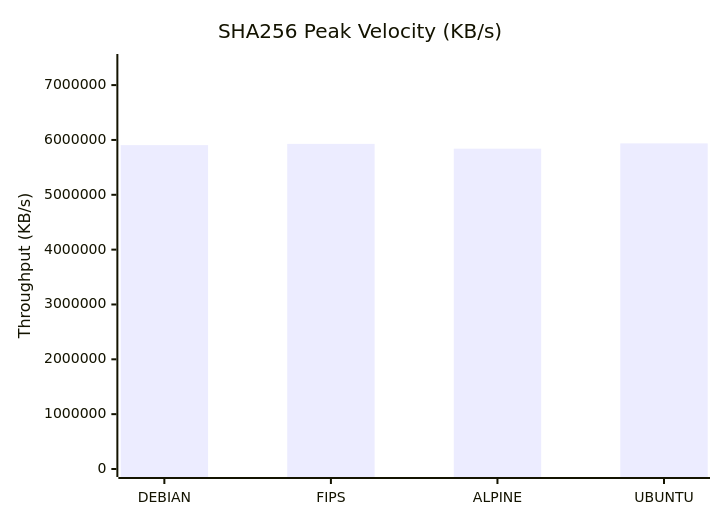
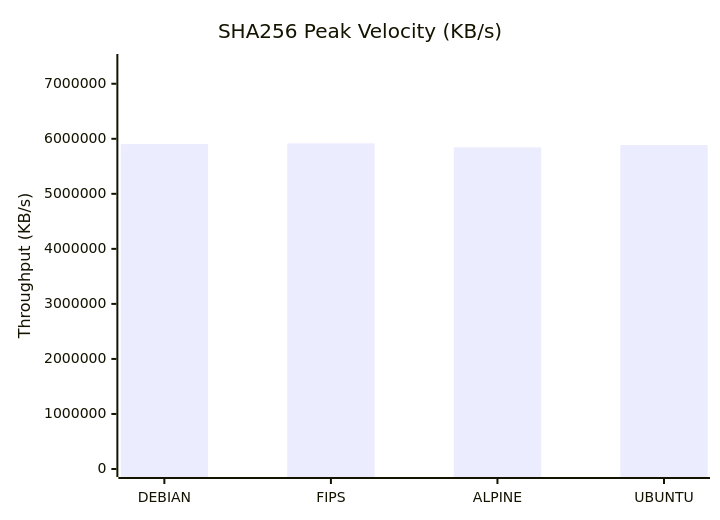
Before and after one commit to taha2samy/openssl_fips: the second of 9 diagrams in docs/Comparison_Report.md, drawn with Mermaid. The commit also changed other lines of this file and 3 other files, not shown here.

````diff
--- a/docs/Comparison_Report.md
+++ b/docs/Comparison_Report.md
@@ -65,7 +65,7 @@
 ```mermaid
 xychart-beta
     title "SHA256 Peak Velocity (KB/s)"
     x-axis [DEBIAN, FIPS, ALPINE, UBUNTU]
-    y-axis "Throughput (KB/s)" 0 --> 7421286
-    bar [5905743.87, 5928091.65, 5840764.93, 5937029.12]
+    y-axis "Throughput (KB/s)" 0 --> 7395225
+    bar [5903900.67, 5916180.48, 5844140.03, 5886828.54]
 ```
````
